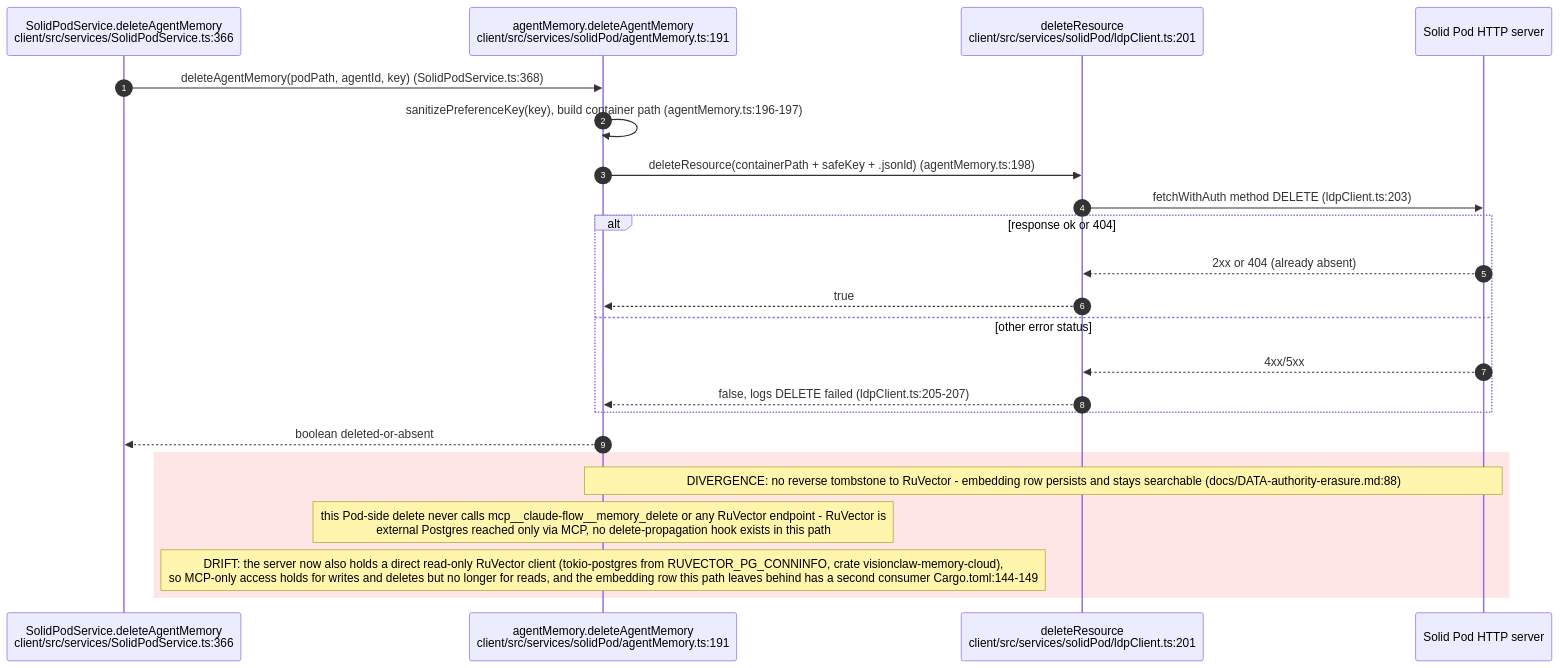
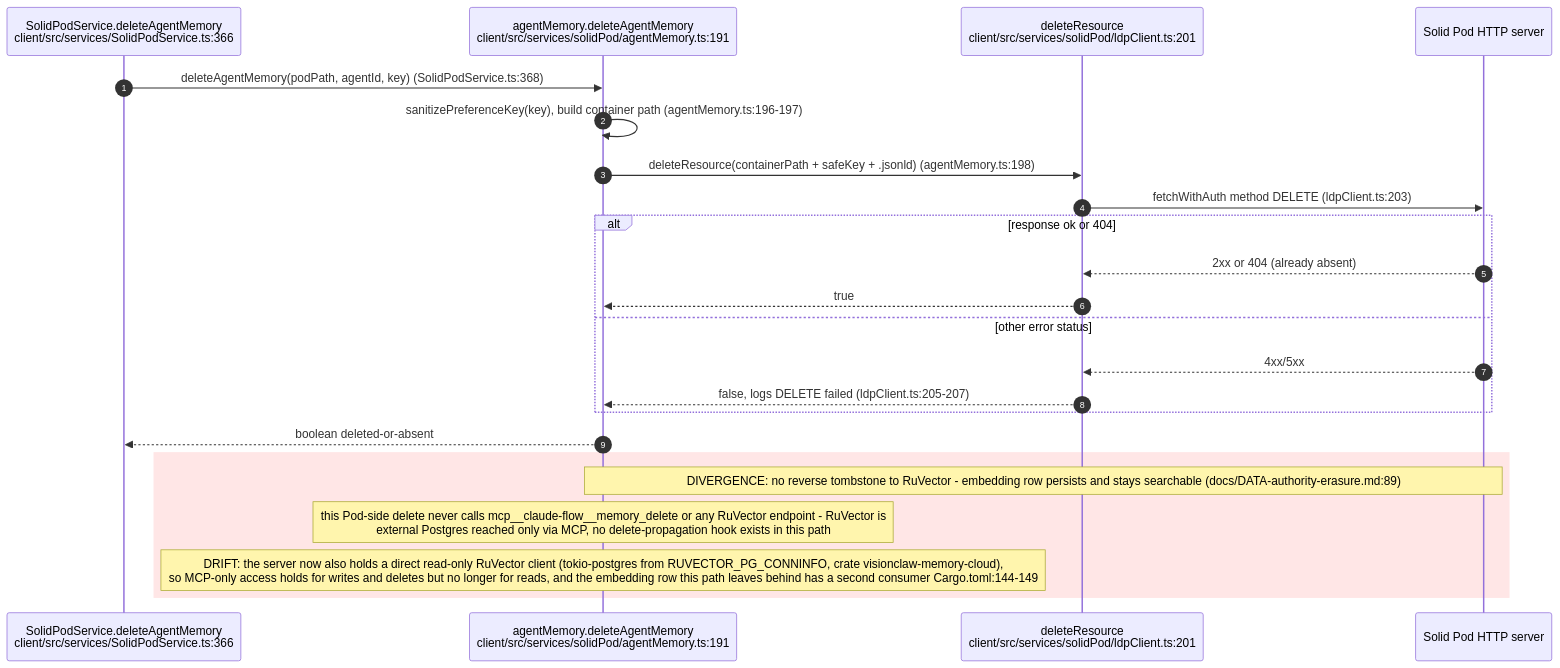
Before and after one commit to DreamLab-AI/VisionFlow: the sixth of 14 diagrams in docs/diagrams/visionclaw/22-data-authority-provenance-erasure.md, drawn with Mermaid. The commit also changed other lines of this file and 46 other files, not shown here.

Commit message:
docs(diagrams): re-verify VisionClaw topics at 809a859aa/a950f4d80 after the consolidation pass

````diff
--- a/docs/diagrams/visionclaw/22-data-authority-provenance-erasure.md
+++ b/docs/diagrams/visionclaw/22-data-authority-provenance-erasure.md
@@ -310,26 +312,26 @@
 ```mermaid
 sequenceDiagram
     autonumber
     participant UI as SolidPodService.deleteAgentMemory<br/>client/src/services/SolidPodService.ts:366
     participant MEM as agentMemory.deleteAgentMemory<br/>client/src/services/solidPod/agentMemory.ts:191
     participant LDP as deleteResource<br/>client/src/services/solidPod/ldpClient.ts:201
     participant POD as Solid Pod HTTP server
 
     UI->>MEM: deleteAgentMemory(podPath, agentId, key) (SolidPodService.ts:368)
     MEM->>MEM: sanitizePreferenceKey(key), build container path (agentMemory.ts:196-197)
     MEM->>LDP: deleteResource(containerPath + safeKey + .jsonld) (agentMemory.ts:198)
     LDP->>POD: fetchWithAuth method DELETE (ldpClient.ts:203)
     alt response ok or 404
         POD-->>LDP: 2xx or 404 (already absent)
         LDP-->>MEM: true
     else other error status
         POD-->>LDP: 4xx/5xx
         LDP-->>MEM: false, logs DELETE failed (ldpClient.ts:205-207)
     end
     MEM-->>UI: boolean deleted-or-absent
     rect rgb(255, 230, 230)
-        Note over MEM,POD: DIVERGENCE: no reverse tombstone to RuVector - embedding row persists and stays searchable (docs/DATA-authority-erasure.md:88)
+        Note over MEM,POD: DIVERGENCE: no reverse tombstone to RuVector - embedding row persists and stays searchable (docs/DATA-authority-erasure.md:89)
         Note over MEM: this Pod-side delete never calls mcp__claude-flow__memory_delete or any RuVector endpoint - RuVector is<br/>external Postgres reached only via MCP, no delete-propagation hook exists in this path
         Note over MEM: DRIFT: the server now also holds a direct read-only RuVector client (tokio-postgres from RUVECTOR_PG_CONNINFO, crate visionclaw-memory-cloud),<br/>so MCP-only access holds for writes and deletes but no longer for reads, and the embedding row this path leaves behind has a second consumer Cargo.toml:144-149
     end
 ```
````
